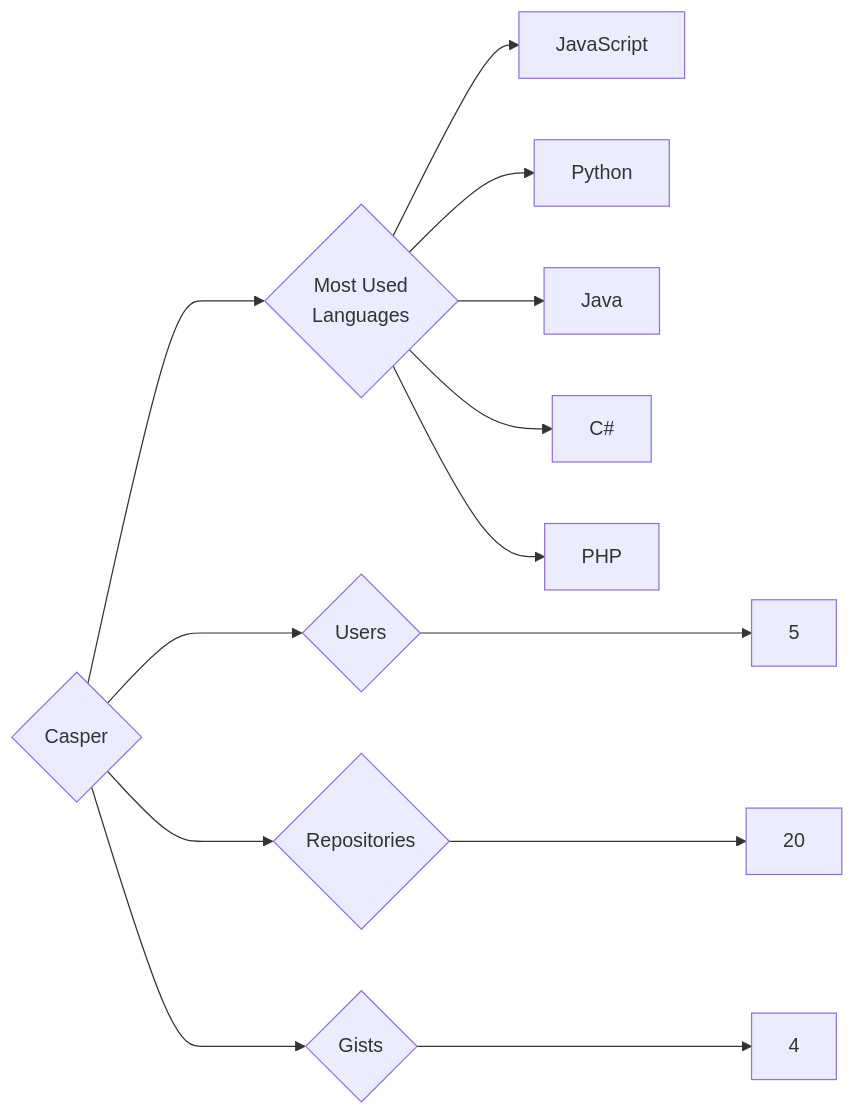
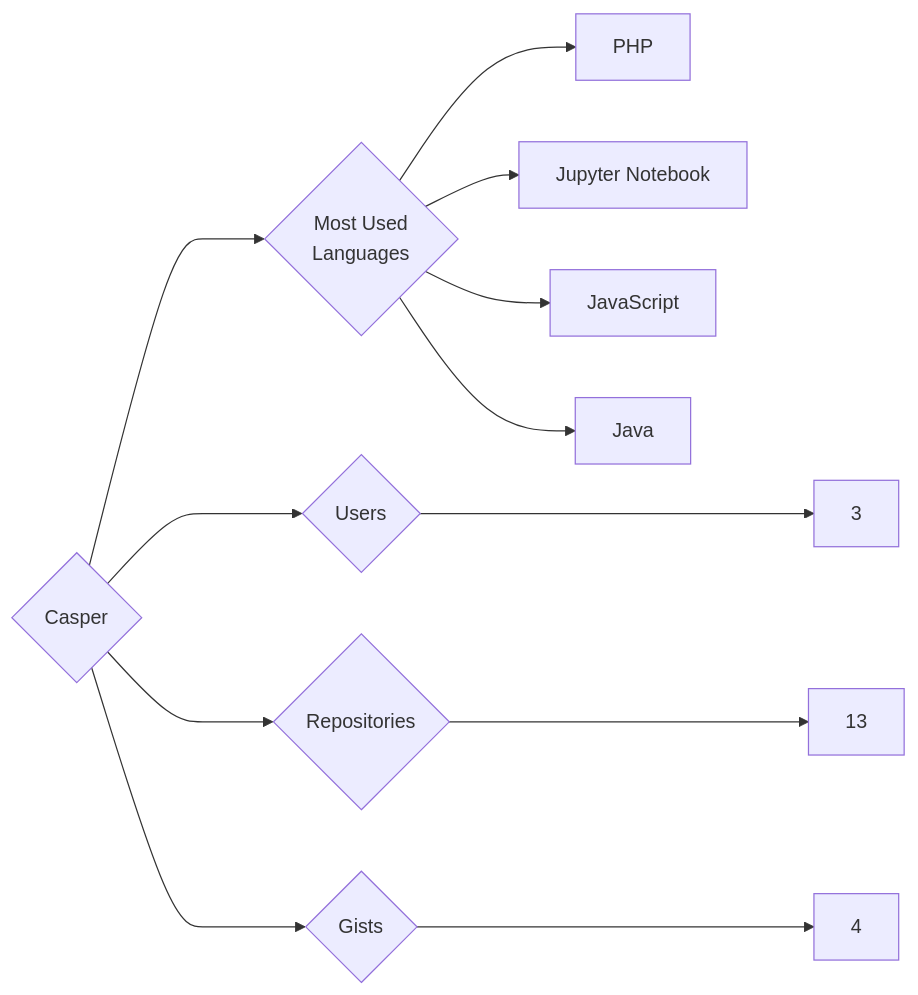
The diagram in targets/Casper/README.md (trickest/insiders), drawn with Mermaid before and after one commit. The commit also changed 1212 other files, not shown here.

````diff
--- a/targets/Casper/README.md
+++ b/targets/Casper/README.md
@@ -3,13 +3,12 @@
 ```mermaid
 graph LR
 COMPANY_NAME{Casper}
-COMPANY_NAME ---> U{Users} ---> UN[5]
-COMPANY_NAME ---> R{Repositories} ---> RN[20]
+COMPANY_NAME ---> U{Users} ---> UN[3]
+COMPANY_NAME ---> R{Repositories} ---> RN[13]
 COMPANY_NAME ---> G{Gists} ---> GN[4]
 COMPANY_NAME ---> ML{Most Used<br>Languages}
+ML --> PHP[PHP]
+ML --> Jupyter_Notebook[Jupyter Notebook]
 ML --> JavaScript[JavaScript]
-ML --> Python[Python]
 ML --> Java[Java]
-ML --> C#[C#]
-ML --> PHP[PHP]
 ```
````
